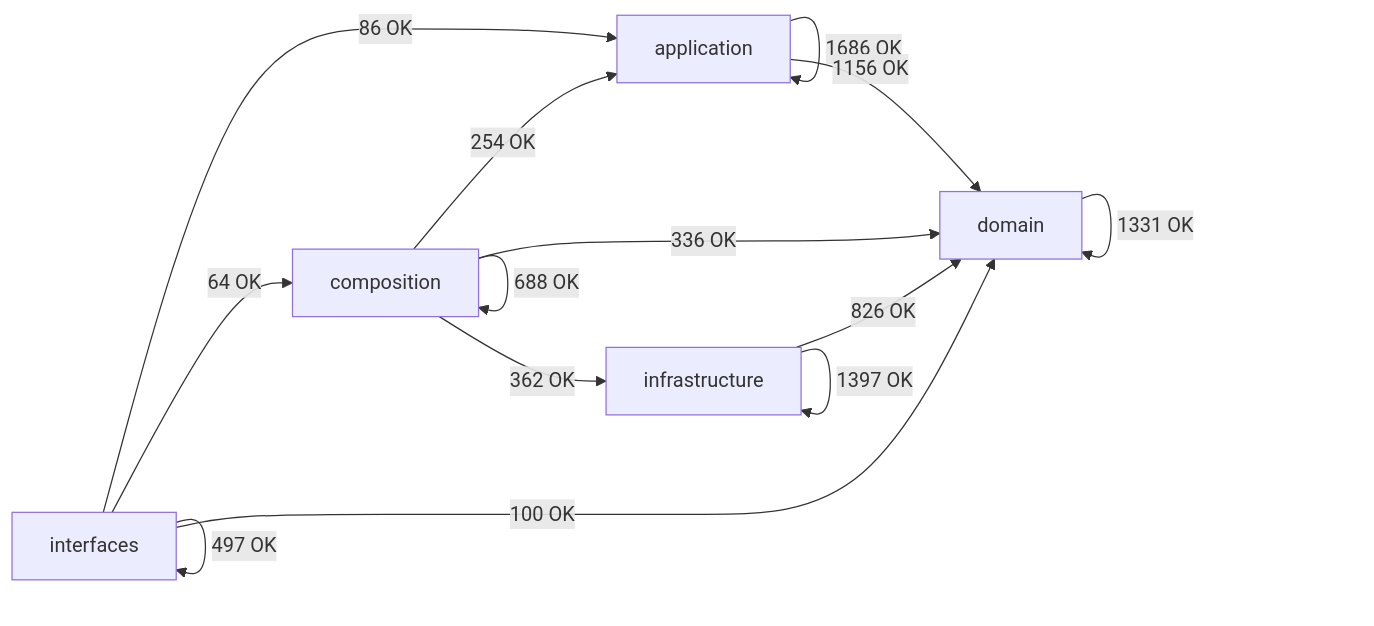
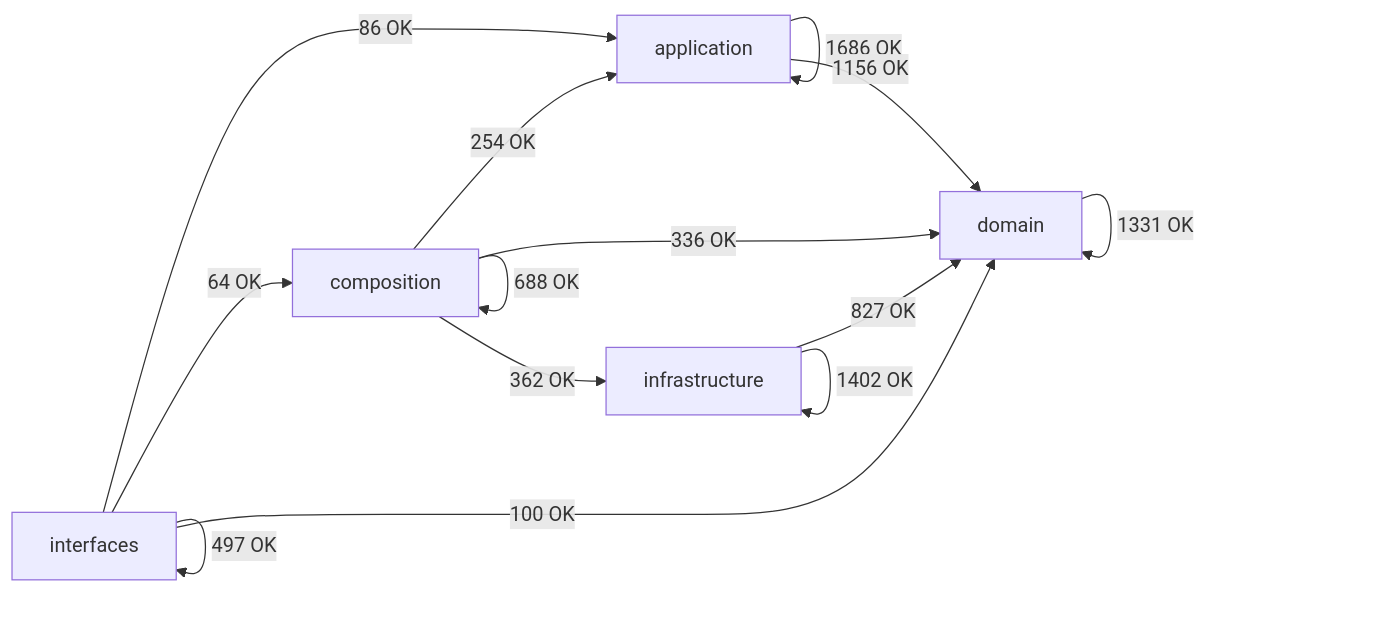
Before and after one commit to SatoryKono/BioactivityDataAcquisition: the diagram in docs/02-architecture/generated/module-dependency-map.md, drawn with Mermaid. The commit also changed other lines of this file and 22 other files, not shown here.

````diff
--- a/docs/02-architecture/generated/module-dependency-map.md
+++ b/docs/02-architecture/generated/module-dependency-map.md
@@ -17,21 +17,21 @@
 ```mermaid
 flowchart LR
     domain[domain]
     application[application]
     infrastructure[infrastructure]
     composition[composition]
     interfaces[interfaces]
     application -->|1686 OK| application
     application -->|1156 OK| domain
     composition -->|254 OK| application
     composition -->|688 OK| composition
     composition -->|336 OK| domain
     composition -->|362 OK| infrastructure
     domain -->|1331 OK| domain
-    infrastructure -->|826 OK| domain
-    infrastructure -->|1397 OK| infrastructure
+    infrastructure -->|827 OK| domain
+    infrastructure -->|1402 OK| infrastructure
     interfaces -->|86 OK| application
     interfaces -->|64 OK| composition
     interfaces -->|100 OK| domain
     interfaces -->|497 OK| interfaces
 ```
````
